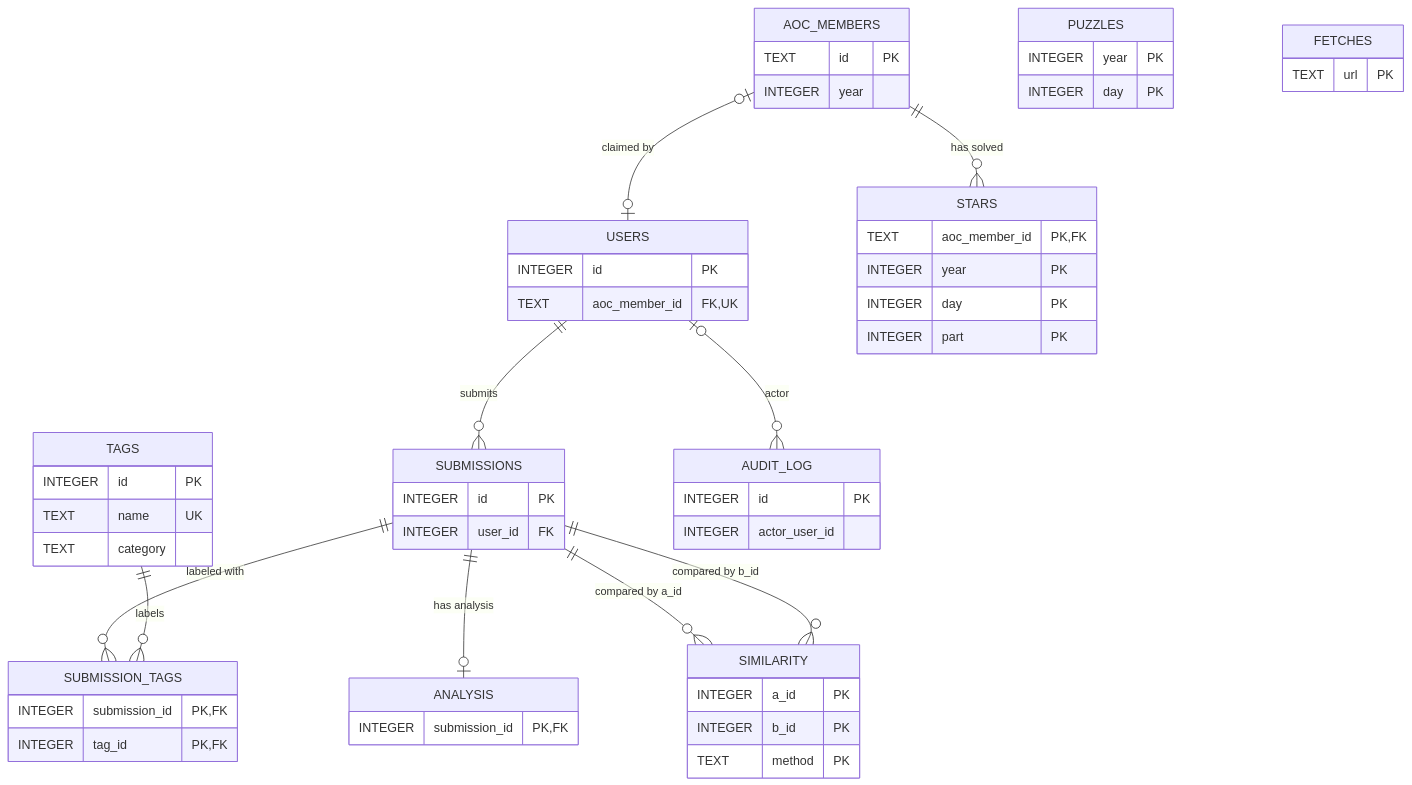
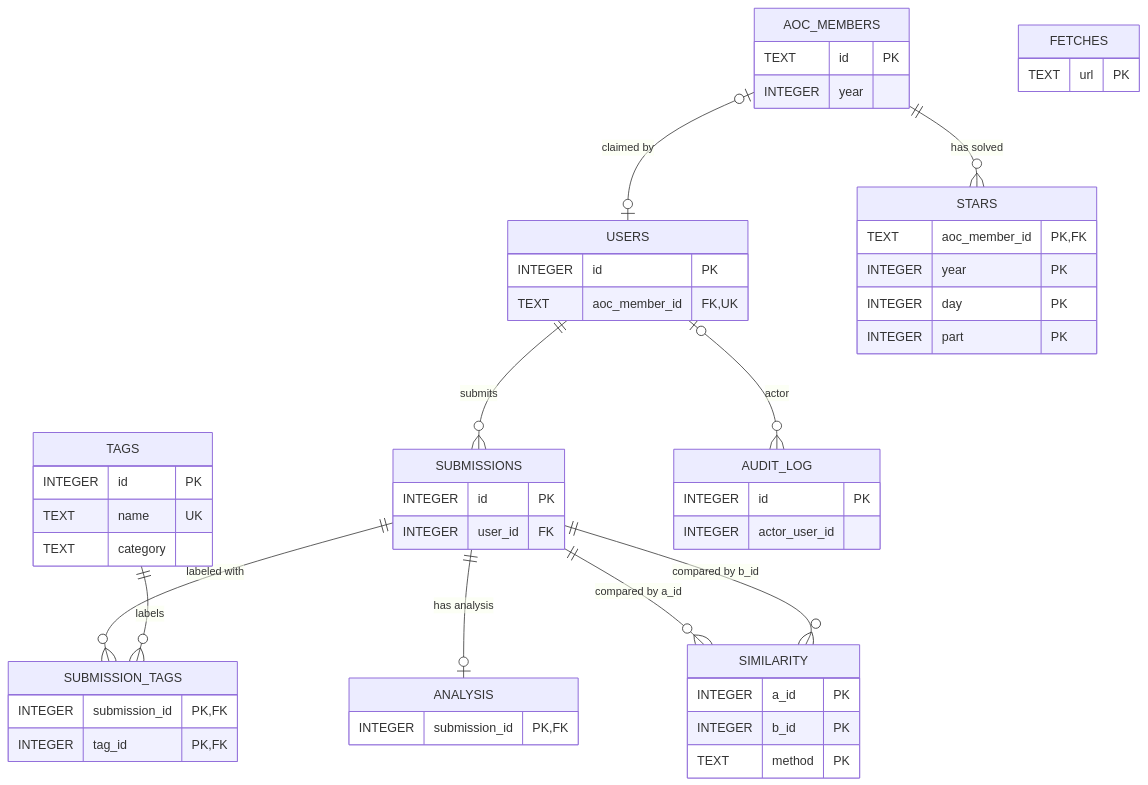
The diagram in docs/PLAN.md (ryanbthomas/aocPrivateBoard), drawn with Mermaid before and after one commit. The commit also changed other lines of this file and 3 other files, not shown here.

````diff
--- a/docs/PLAN.md
+++ b/docs/PLAN.md
@@ -251,59 +244,55 @@
 ```mermaid
 erDiagram
     AOC_MEMBERS {
         TEXT id PK
         INTEGER year
     }
     USERS {
         INTEGER id PK
         TEXT aoc_member_id FK,UK
     }
     STARS {
         TEXT aoc_member_id PK,FK
         INTEGER year PK
         INTEGER day PK
         INTEGER part PK
-    }
-    PUZZLES {
-        INTEGER year PK
-        INTEGER day PK
     }
     SUBMISSIONS {
         INTEGER id PK
         INTEGER user_id FK
     }
     TAGS {
         INTEGER id PK
         TEXT name UK
         TEXT category
     }
     SUBMISSION_TAGS {
         INTEGER submission_id PK,FK
         INTEGER tag_id PK,FK
     }
     ANALYSIS {
         INTEGER submission_id PK,FK
     }
     SIMILARITY {
         INTEGER a_id PK
         INTEGER b_id PK
         TEXT method PK
     }
     FETCHES {
         TEXT url PK
     }
     AUDIT_LOG {
         INTEGER id PK
         INTEGER actor_user_id
     }
 
     AOC_MEMBERS o|--o| USERS : "claimed by"
     AOC_MEMBERS ||--o{ STARS : "has solved"
     USERS ||--o{ SUBMISSIONS : "submits"
     SUBMISSIONS ||--o{ SUBMISSION_TAGS : "labeled with"
     TAGS ||--o{ SUBMISSION_TAGS : "labels"
     SUBMISSIONS ||--o| ANALYSIS : "has analysis"
     SUBMISSIONS ||--o{ SIMILARITY : "compared by a_id"
     SUBMISSIONS ||--o{ SIMILARITY : "compared by b_id"
     USERS o|--o{ AUDIT_LOG : "actor"
 ```
````
